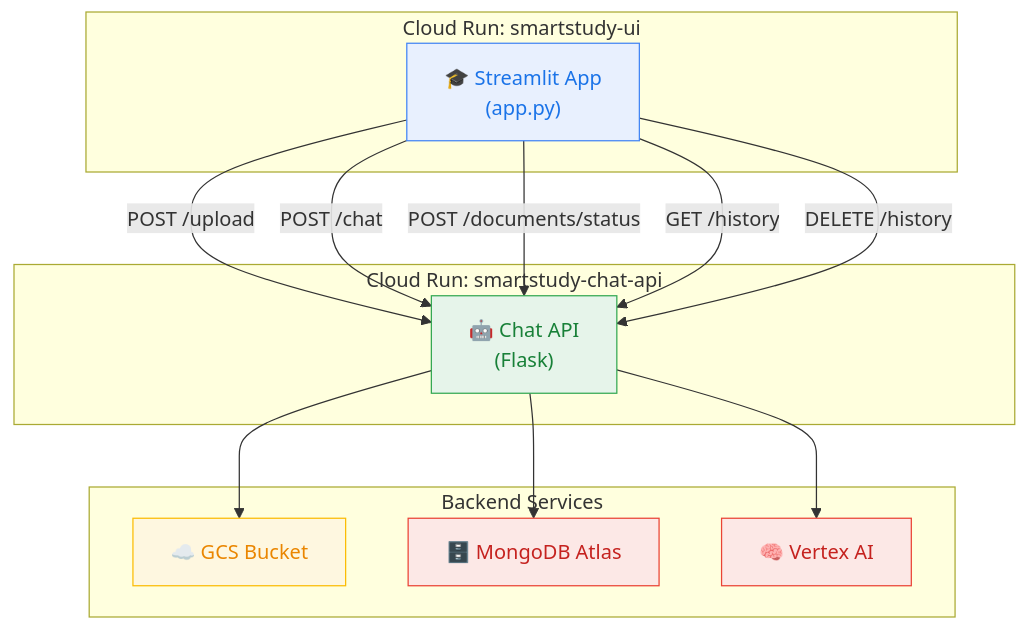
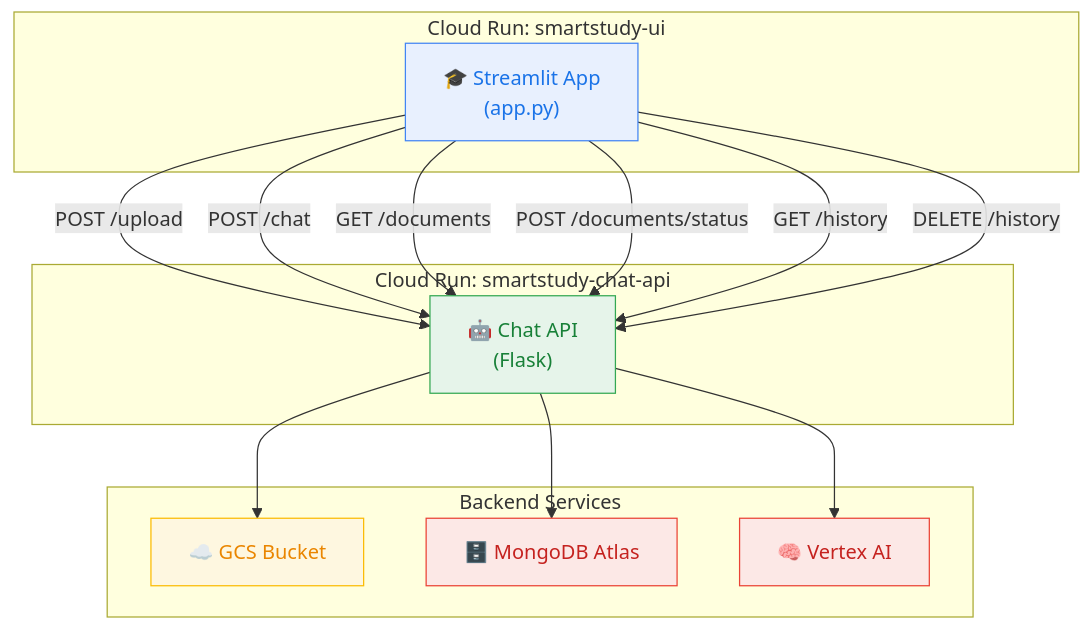
Before and after one commit to DanielMortada/cloud-computing-project: the second of 5 diagrams in streamlit_app/README.md, drawn with Mermaid. The commit also changed other lines of this file and 8 other files, not shown here.

````diff
--- a/streamlit_app/README.md
+++ b/streamlit_app/README.md
@@ -63,32 +63,33 @@
 ```mermaid
 flowchart TD
     subgraph "Cloud Run: smartstudy-ui"
         UI["🎓 Streamlit App<br/>(app.py)"]
     end
 
     subgraph "Cloud Run: smartstudy-chat-api"
         API["🤖 Chat API<br/>(Flask)"]
     end
 
     subgraph "Backend Services"
         GCS["☁️ GCS Bucket"]
         MONGO["🗄️ MongoDB Atlas"]
         VERTEX["🧠 Vertex AI"]
     end
 
     UI -->|"POST /upload"| API
     UI -->|"POST /chat"| API
+    UI -->|"GET /documents"| API
     UI -->|"POST /documents/status"| API
     UI -->|"GET /history"| API
     UI -->|"DELETE /history"| API
 
     API --> GCS
     API --> MONGO
     API --> VERTEX
 
     style UI fill:#E8F0FE,stroke:#4285F4,color:#1A73E8
     style API fill:#E6F4EA,stroke:#34A853,color:#188038
     style GCS fill:#FEF7E0,stroke:#FBBC05,color:#EA8600
     style MONGO fill:#FCE8E6,stroke:#EA4335,color:#C5221F
     style VERTEX fill:#FCE8E6,stroke:#EA4335,color:#C5221F
 ```
````
